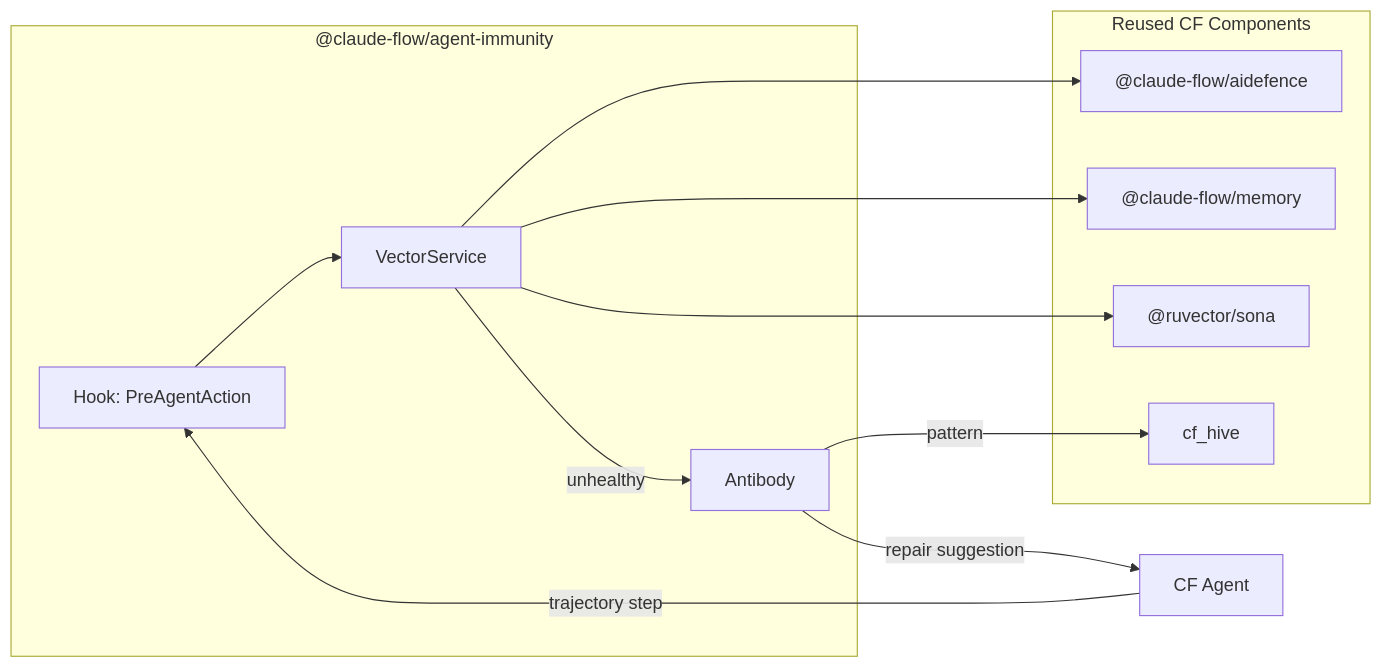
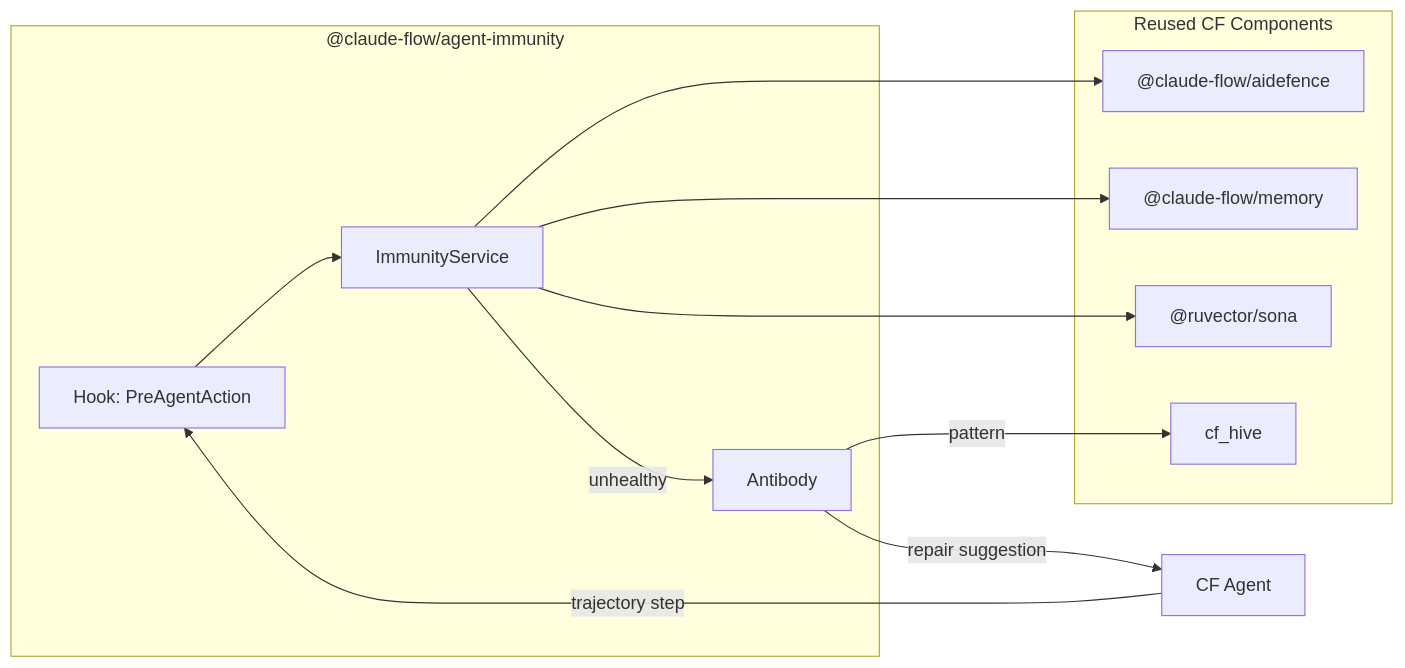
Before and after one commit to JLMA-Agentic-Ai/jlma-claude-flow: the diagram in docs/adr/ADR-001-Agent-Immunity-Plugin.md, drawn with Mermaid. The commit also changed other lines of this file, not shown here.

````diff
--- a/docs/adr/ADR-001-Agent-Immunity-Plugin.md
+++ b/docs/adr/ADR-001-Agent-Immunity-Plugin.md
@@ -62,24 +62,24 @@
 ```mermaid
 flowchart LR
   subgraph "@claude-flow/agent-immunity"
     H["Hook: PreAgentAction"]
-    V["VectorService"]
+    I["ImmunityService"]
     A["Antibody"]
   end
   
   subgraph "Reused CF Components"
     AD["@claude-flow/aidefence"]
     MEM["@claude-flow/memory"]
     SONA["@ruvector/sona"]
     HIVE["cf_hive"]
   end
   
   Agent["CF Agent"] -- "trajectory step" --> H
-  H --> V
-  V --> AD
-  V --> MEM
-  V --> SONA
-  V -- "unhealthy" --> A
+  H --> I
+  I --> AD
+  I --> MEM
+  I --> SONA
+  I -- "unhealthy" --> A
   A -- "repair suggestion" --> Agent
   A -- "pattern" --> HIVE
 ```
````
